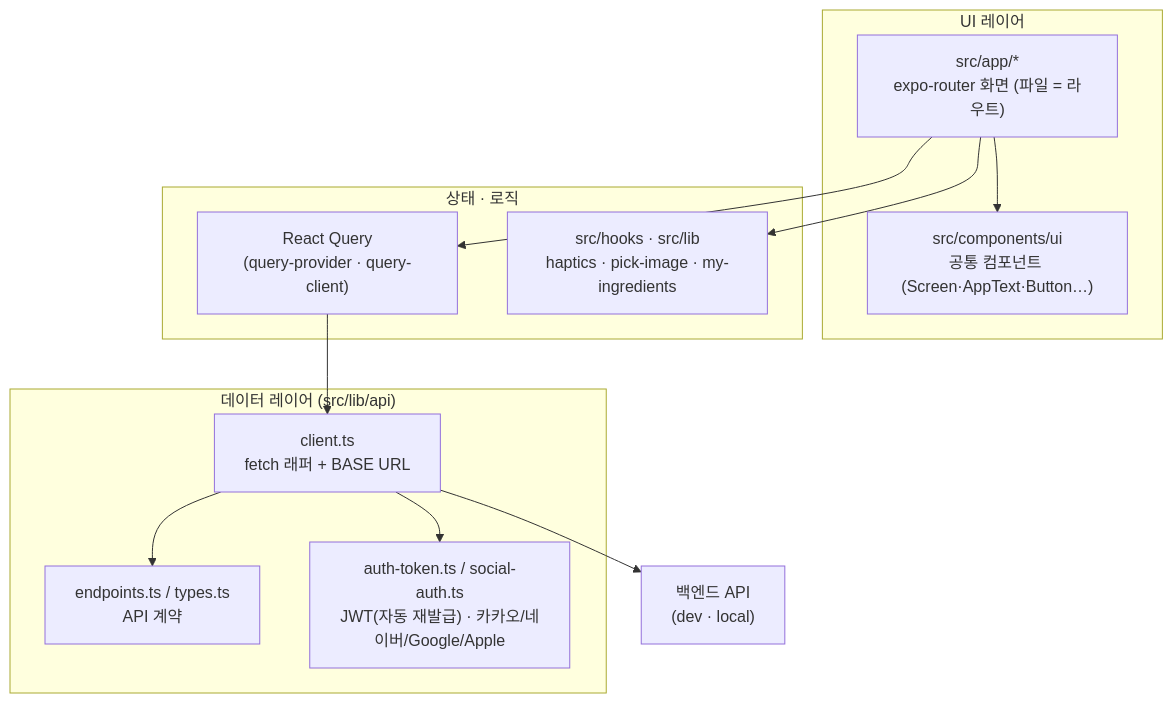
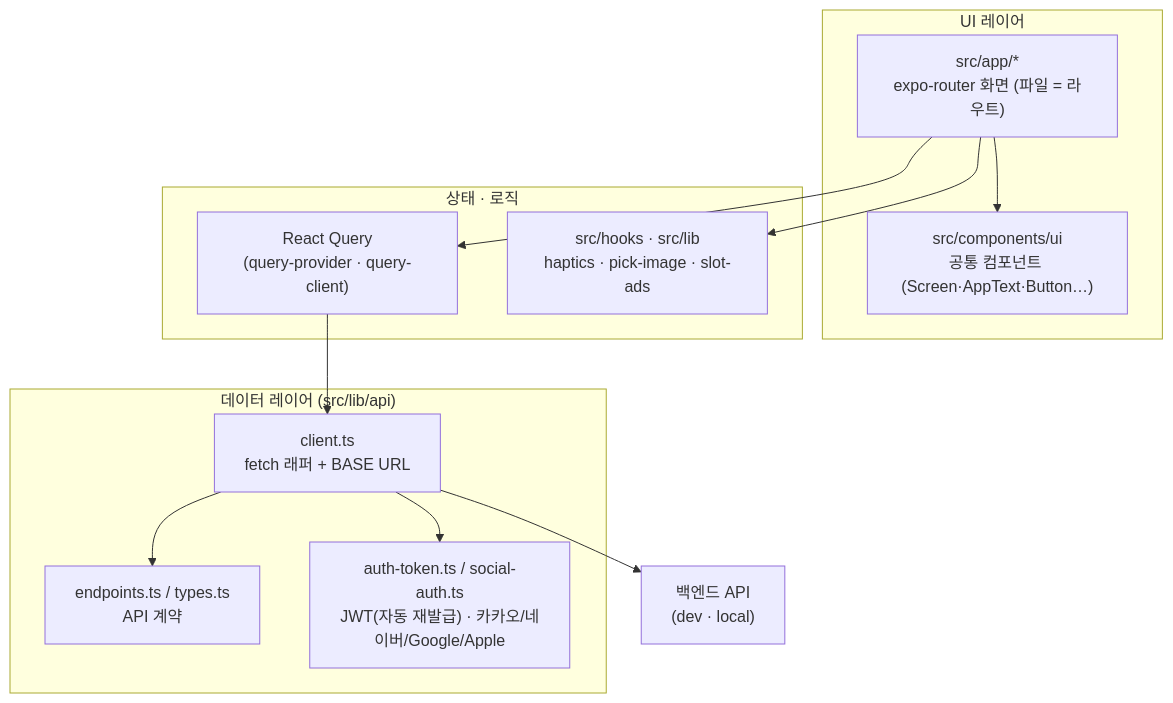
The second of 2 diagrams in README.md (swyp-app-6-team-2/frontend), drawn with Mermaid before and after one commit. The commit also changed other lines of this file, not shown here.

````diff
--- a/README.md
+++ b/README.md
@@ -97,25 +98,25 @@
 ```mermaid
 graph TD
   subgraph "UI 레이어"
     R["src/app/*<br/>expo-router 화면 (파일 = 라우트)"]
     C["src/components/ui<br/>공통 컴포넌트 (Screen·AppText·Button…)"]
   end
   subgraph "상태 · 로직"
     Q["React Query<br/>(query-provider · query-client)"]
-    H["src/hooks · src/lib<br/>haptics · pick-image · my-ingredients"]
+    H["src/hooks · src/lib<br/>haptics · pick-image · slot-ads"]
   end
   subgraph "데이터 레이어 (src/lib/api)"
     CL["client.ts<br/>fetch 래퍼 + BASE URL"]
     EP["endpoints.ts / types.ts<br/>API 계약"]
     AT["auth-token.ts / social-auth.ts<br/>JWT(자동 재발급) · 카카오/네이버/Google/Apple"]
   end
   BE["백엔드 API<br/>(dev · local)"]
 
   R --> C
   R --> Q
   R --> H
   Q --> CL
   CL --> EP
   CL --> AT
   CL --> BE
 ```
````
